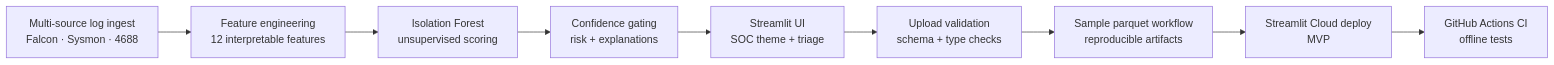
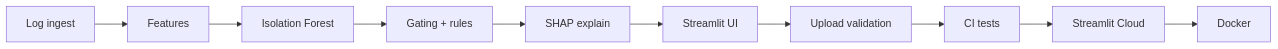
The third of 3 diagrams in README.md (rvong65/breach-precursor-detector), drawn with Mermaid before and after one commit. The commit also changed other lines of this file and 22 other files, not shown here.

Commit message:
Add SHAP explainability, Docker, branding, architecture docs

````diff
--- a/README.md
+++ b/README.md
@@ -241,11 +300,12 @@
 ```mermaid
 flowchart LR
-    A[Multi-source log ingest<br/>Falcon · Sysmon · 4688] --> B[Feature engineering<br/>12 interpretable features]
-    B --> C[Isolation Forest<br/>unsupervised scoring]
-    C --> D[Confidence gating<br/>risk + explanations]
-    D --> E[Streamlit UI<br/>SOC theme + triage]
-    E --> F[Upload validation<br/>schema + type checks]
-    F --> G[Sample parquet workflow<br/>reproducible artifacts]
-    G --> H[Streamlit Cloud deploy<br/>MVP]
-    H --> I[GitHub Actions CI<br/>offline tests]
+    A[Log ingest] --> B[Features]
+    B --> C[Isolation Forest]
+    C --> D[Gating + rules]
+    D --> E[SHAP explain]
+    E --> F[Streamlit UI]
+    F --> G[Upload validation]
+    G --> H[CI tests]
+    H --> I[Streamlit Cloud]
+    I --> J[Docker]
 ```
````
